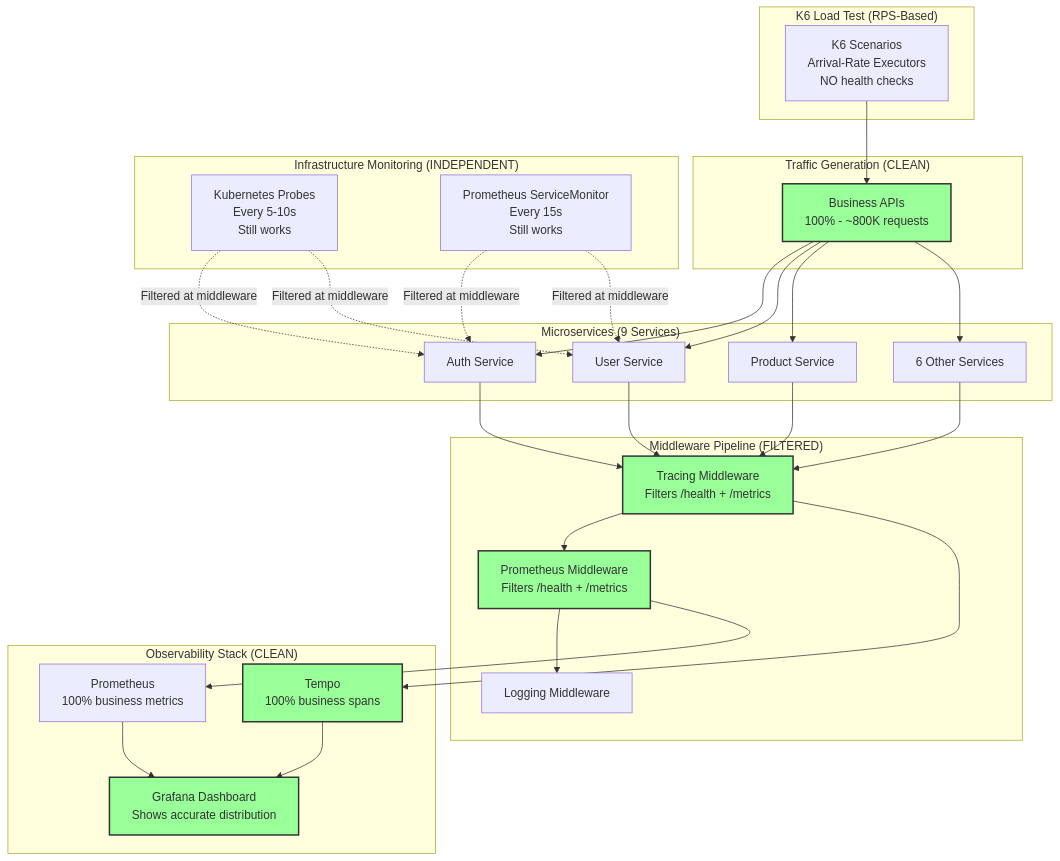
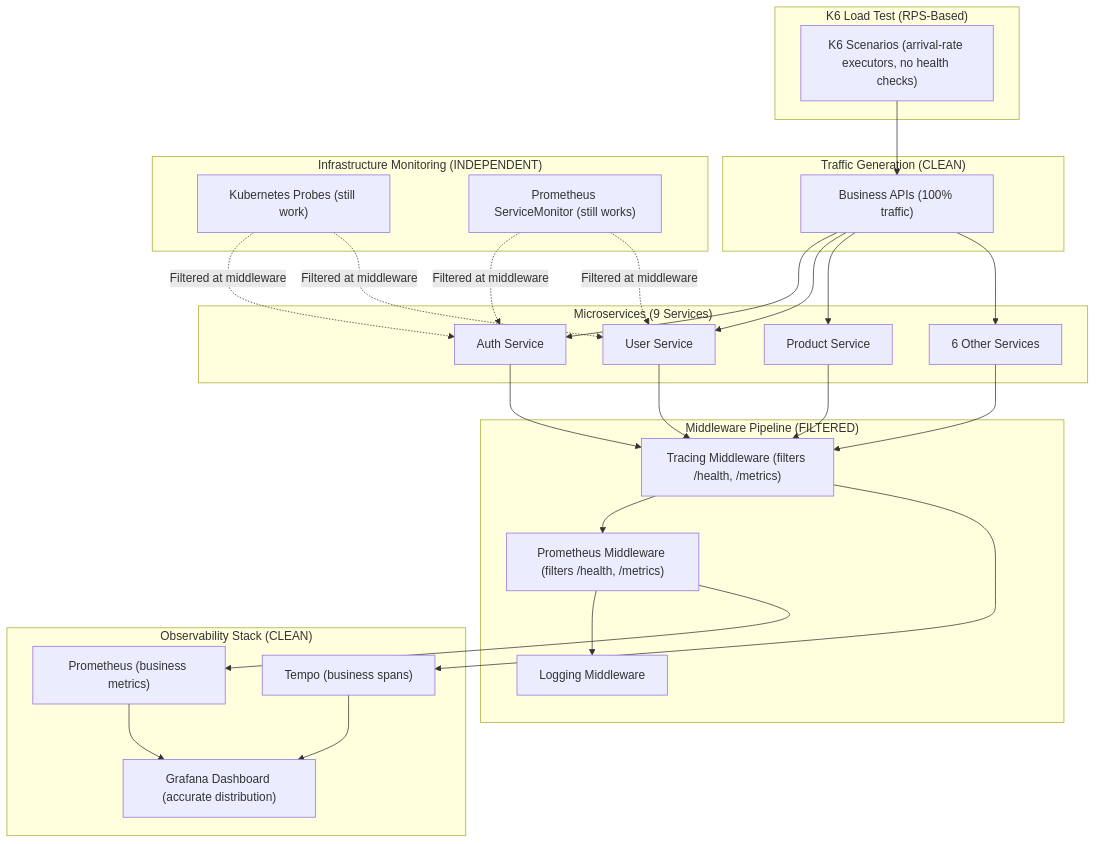
One commit to duynhlab/homelab changed the diagram in docs/testing/k6.md. Above: the diagram before and after it, drawn with Mermaid. The commit also changed other lines of this file and 22 other files, not shown here.

````diff
--- a/docs/testing/k6.md
+++ b/docs/testing/k6.md
@@ -11,66 +11,61 @@
 ```mermaid
 flowchart TB
     subgraph "K6 Load Test (RPS-Based)"
-        K6[K6 Scenarios<br/>Arrival-Rate Executors<br/>NO health checks]
+        K6["K6 Scenarios (arrival-rate executors, no health checks)"]
     end
     
     subgraph "Traffic Generation (CLEAN)"
-        Business[Business APIs<br/>100% - ~800K requests]
+        Business["Business APIs (100% traffic)"]
     end
     
     subgraph "Microservices (9 Services)"
         Auth[Auth Service]
         User[User Service]
         Product[Product Service]
         Others[6 Other Services]
     end
     
     subgraph "Middleware Pipeline (FILTERED)"
-        Tracing[Tracing Middleware<br/>Filters /health + /metrics]
-        Prometheus[Prometheus Middleware<br/>Filters /health + /metrics]
+        Tracing["Tracing Middleware (filters /health, /metrics)"]
+        Prometheus["Prometheus Middleware (filters /health, /metrics)"]
         Logging[Logging Middleware]
     end
     
     subgraph "Observability Stack (CLEAN)"
-        Tempo[Tempo<br/>100% business spans]
-        PromDB[Prometheus<br/>100% business metrics]
-        Grafana[Grafana Dashboard<br/>Shows accurate distribution]
+        Tempo["Tempo (business spans)"]
+        PromDB["Prometheus (business metrics)"]
+        Grafana["Grafana Dashboard (accurate distribution)"]
     end
     
     subgraph "Infrastructure Monitoring (INDEPENDENT)"
-        K8sProbes[Kubernetes Probes<br/>Every 5-10s<br/>Still works]
-        PromScraper[Prometheus ServiceMonitor<br/>Every 15s<br/>Still works]
+        K8sProbes["Kubernetes Probes (still work)"]
+        PromScraper["Prometheus ServiceMonitor (still works)"]
     end
     
     K6 --> Business
     
     Business --> Auth
     Business --> User
     Business --> Product
     Business --> Others
     
     Auth --> Tracing
     User --> Tracing
     Product --> Tracing
     Others --> Tracing
     
     Tracing --> Prometheus
     Prometheus --> Logging
     
     Prometheus --> PromDB
     Tracing --> Tempo
     
     PromDB --> Grafana
     Tempo --> Grafana
     
     K8sProbes -.->|Filtered at middleware| Auth
     K8sProbes -.->|Filtered at middleware| User
     PromScraper -.->|Filtered at middleware| Auth
     PromScraper -.->|Filtered at middleware| User
     
-    style Business fill:#9f9,stroke:#333,stroke-width:2px
-    style Prometheus fill:#9f9,stroke:#333,stroke-width:2px
-    style Tracing fill:#9f9,stroke:#333,stroke-width:2px
-    style Grafana fill:#9f9,stroke:#333,stroke-width:2px
-    style Tempo fill:#9f9,stroke:#333,stroke-width:2px
 ```
````
